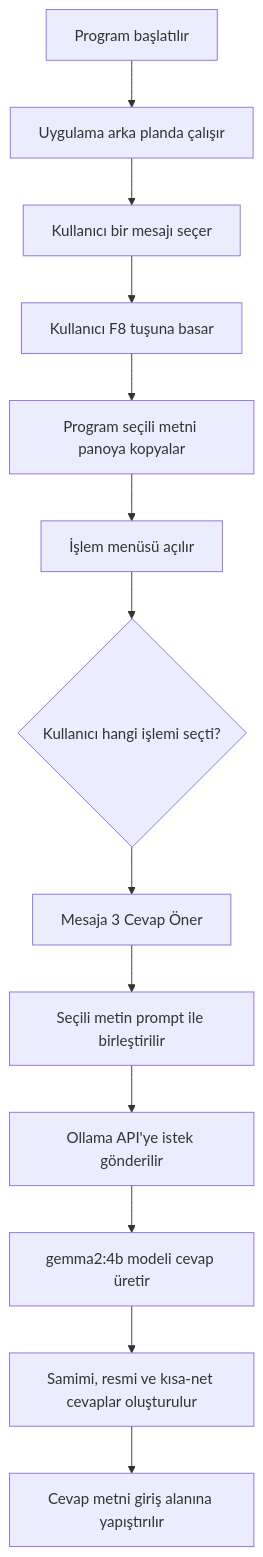
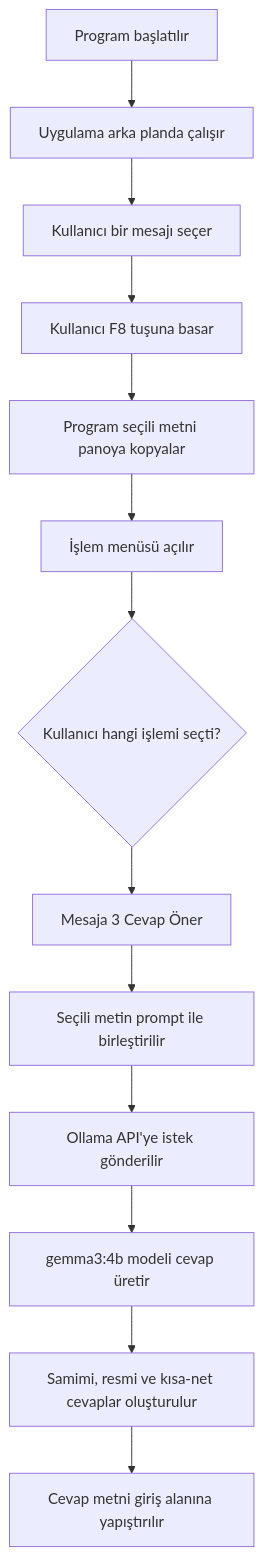
The first of 2 diagrams in README.md (ceylansteyle/Introduction-to-Data-Visualization-Project-Assignment), drawn with Mermaid before and after one commit. The commit also changed other lines of this file, not shown here.

````diff
--- a/README.md
+++ b/README.md
@@ -125,15 +125,15 @@
 ```mermaid
 flowchart TD
     A[Program başlatılır] --> B[Uygulama arka planda çalışır]
     B --> C[Kullanıcı bir mesajı seçer]
     C --> D[Kullanıcı F8 tuşuna basar]
     D --> E[Program seçili metni panoya kopyalar]
     E --> F[İşlem menüsü açılır]
     F --> G{Kullanıcı hangi işlemi seçti?}
     G --> H[Mesaja 3 Cevap Öner]
     H --> I[Seçili metin prompt ile birleştirilir]
     I --> J[Ollama API'ye istek gönderilir]
-    J --> K[gemma2:4b modeli cevap üretir]
+    J --> K[gemma3:4b modeli cevap üretir]
     K --> L[Samimi, resmi ve kısa-net cevaplar oluşturulur]
     L --> M[Cevap metni giriş alanına yapıştırılır]
 ```
````
